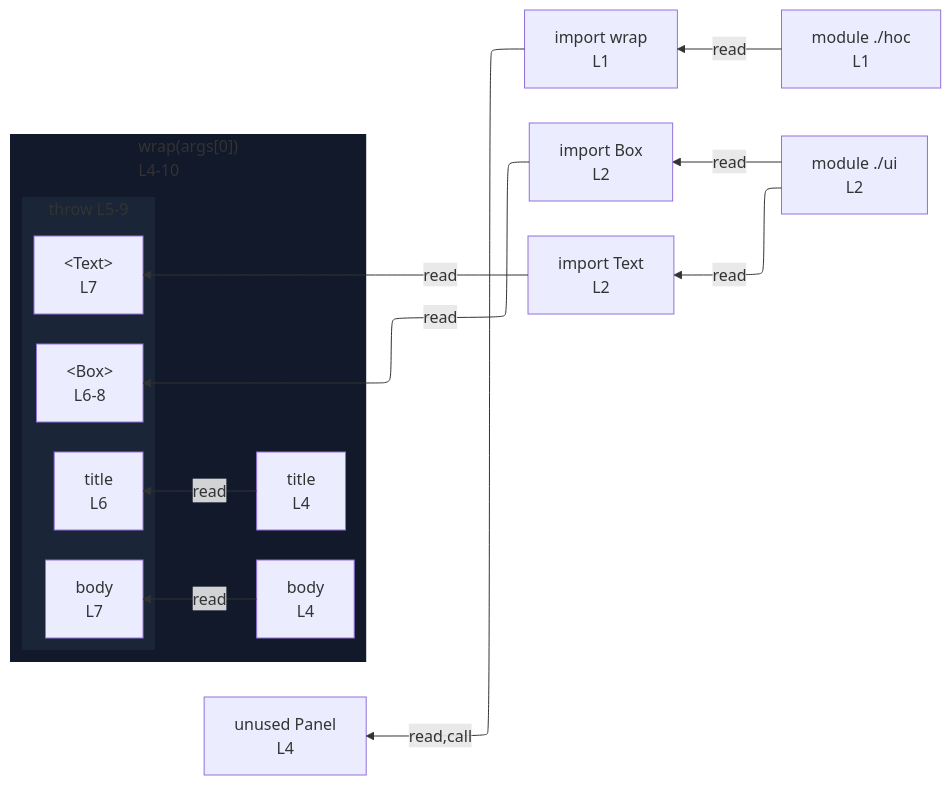
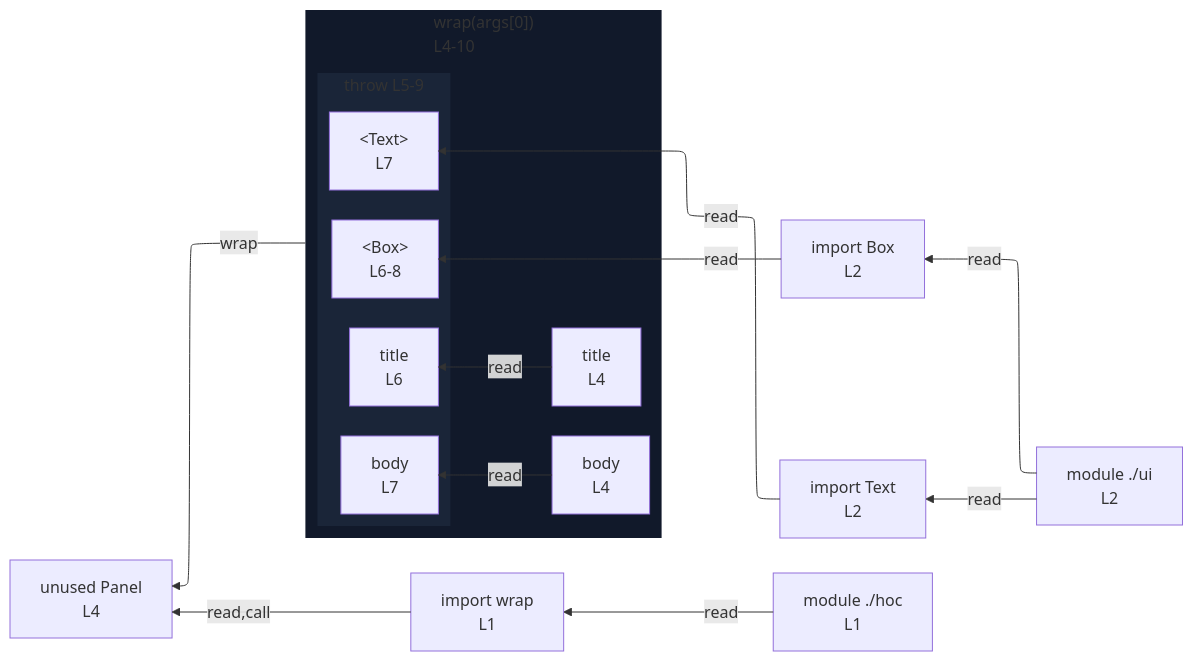
One commit to crescware/unsnarl changed the diagram in integration/fixtures/jsx/call-argument-throw/preview.md. Above: the diagram before and after it, drawn with Mermaid. The commit also changed 41 other files, not shown here.

````diff
--- a/integration/fixtures/jsx/call-argument-throw/preview.md
+++ b/integration/fixtures/jsx/call-argument-throw/preview.md
@@ -20,34 +20,35 @@
 ```mermaid
 %%{init: {"flowchart": {"defaultRenderer": "elk"}}}%%
 flowchart RL
   n_scope_0_wrap_9["import wrap<br/>L1"]
   n_scope_0_Box_39["import Box<br/>L2"]
   n_scope_0_Text_44["import Text<br/>L2"]
   n_scope_0_Panel_78["unused Panel<br/>L4"]
   subgraph s_scope_1["wrap(args[0])<br/>L4-10"]
     direction RL
     n_scope_1_title_92["title<br/>L4"]
     n_scope_1_body_107["body<br/>L4"]
     subgraph s_throw_scope_1_128_201["throw L5-9"]
       direction RL
       throw_use_ref_2["&lt;Box&gt;<br/>L6-8"]
       throw_use_ref_3["title<br/>L6"]
       throw_use_ref_4["&lt;Text&gt;<br/>L7"]
       throw_use_ref_5["body<br/>L7"]
     end
   end
   n_scope_0_wrap_9 -->|read,call| n_scope_0_Panel_78
   n_scope_0_Box_39 -->|read| throw_use_ref_2
   n_scope_1_title_92 -->|read| throw_use_ref_3
   n_scope_0_Text_44 -->|read| throw_use_ref_4
   n_scope_1_body_107 -->|read| throw_use_ref_5
+  s_scope_1 -->|wrap| n_scope_0_Panel_78
   mod___hoc["module ./hoc<br/>L1"]
   mod___ui["module ./ui<br/>L2"]
   mod___hoc -->|read| n_scope_0_wrap_9
   mod___ui -->|read| n_scope_0_Box_39
   mod___ui -->|read| n_scope_0_Text_44
   classDef nestL1 fill:#11192a,stroke:transparent;
   class s_scope_1 nestL1;
   classDef nestL2 fill:#1a2538,stroke:transparent;
   class s_throw_scope_1_128_201 nestL2;
 ```
````
